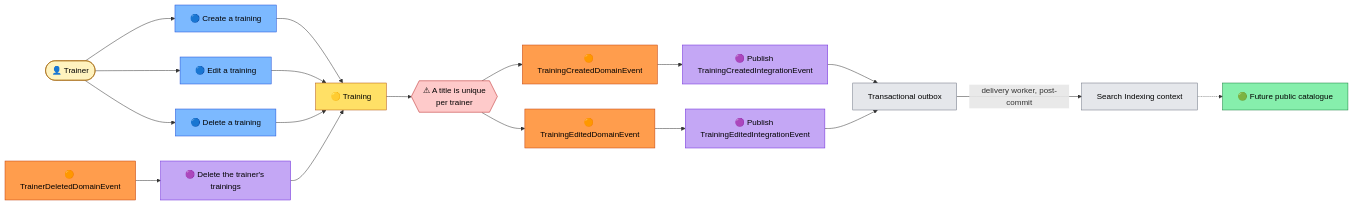
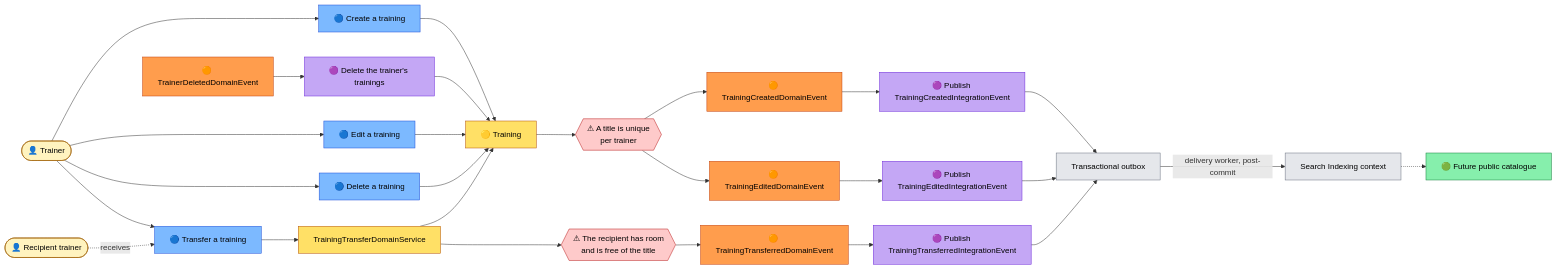
Before and after one commit to maxime-poulain/BLRefactoring: the second of 2 diagrams in docs/strategic-design/event-storming.md, drawn with Mermaid. The commit also changed other lines of this file and 35 other files, not shown here.

First line of the commit message:
Model the training transfer as a recorded domain service (ADR 0036) (#78)

````diff
--- a/docs/strategic-design/event-storming.md
+++ b/docs/strategic-design/event-storming.md
@@ -106,43 +106,51 @@
 ```mermaid
 flowchart LR
     A(["👤 Trainer"]) --> C1["🔵 Create a training"]
     A --> C2["🔵 Edit a training"]
     A --> C3["🔵 Delete a training"]
+    A --> C4["🔵 Transfer a training"]
+    B(["👤 Recipient trainer"]) -.->|"receives"| C4
 
     C1 --> AG["🟡 Training"]
     C2 --> AG
     C3 --> AG
+    C4 --> DS["TrainingTransferDomainService"]
+    DS --> AG
 
     AG --> INV{{"⚠ A title is unique<br/>per trainer"}}
+    DS --> INV2{{"⚠ The recipient has room<br/>and is free of the title"}}
     INV --> E1["🟠 TrainingCreatedDomainEvent"]
     INV --> E2["🟠 TrainingEditedDomainEvent"]
+    INV2 --> E4["🟠 TrainingTransferredDomainEvent"]
 
     E1 --> P1["🟣 Publish TrainingCreatedIntegrationEvent"]
     E2 --> P2["🟣 Publish TrainingEditedIntegrationEvent"]
+    E4 --> P4["🟣 Publish TrainingTransferredIntegrationEvent"]
     P1 --> OB["Transactional outbox"]
     P2 --> OB
+    P4 --> OB
     OB -->|"delivery worker, post-commit"| SI["Search Indexing context"]
 
     SI -.-> RM["🟢 Future public catalogue"]
 
     TD["🟠 TrainerDeletedDomainEvent"] --> P3["🟣 Delete the trainer's trainings"]
     P3 --> AG
 
     classDef event fill:#ff9d4d,stroke:#c2410c,color:#000
     classDef command fill:#7cb9ff,stroke:#1d4ed8,color:#000
     classDef aggregate fill:#ffe066,stroke:#b45309,color:#000
     classDef policy fill:#c4a7f5,stroke:#6d28d9,color:#000
     classDef actor fill:#fff3bf,stroke:#a16207,color:#000
     classDef readmodel fill:#86efac,stroke:#15803d,color:#000
     classDef external fill:#e5e7eb,stroke:#6b7280,color:#000
     classDef invariant fill:#fecaca,stroke:#b91c1c,color:#000
 
-    class E1,E2,TD event
-    class C1,C2,C3 command
-    class AG aggregate
-    class P1,P2,P3 policy
-    class A actor
+    class E1,E2,E4,TD event
+    class C1,C2,C3,C4 command
+    class AG,DS aggregate
+    class P1,P2,P3,P4 policy
+    class A,B actor
     class RM readmodel
     class SI,OB external
-    class INV invariant
+    class INV,INV2 invariant
 ```
````
